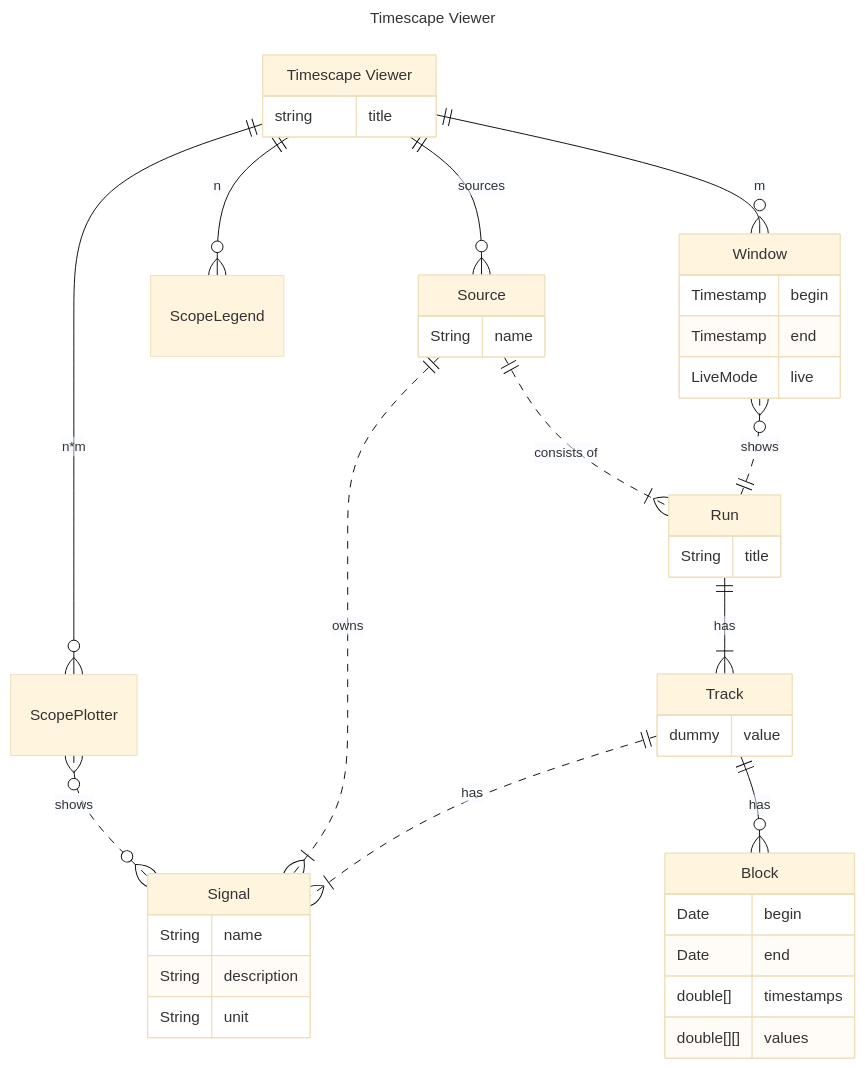
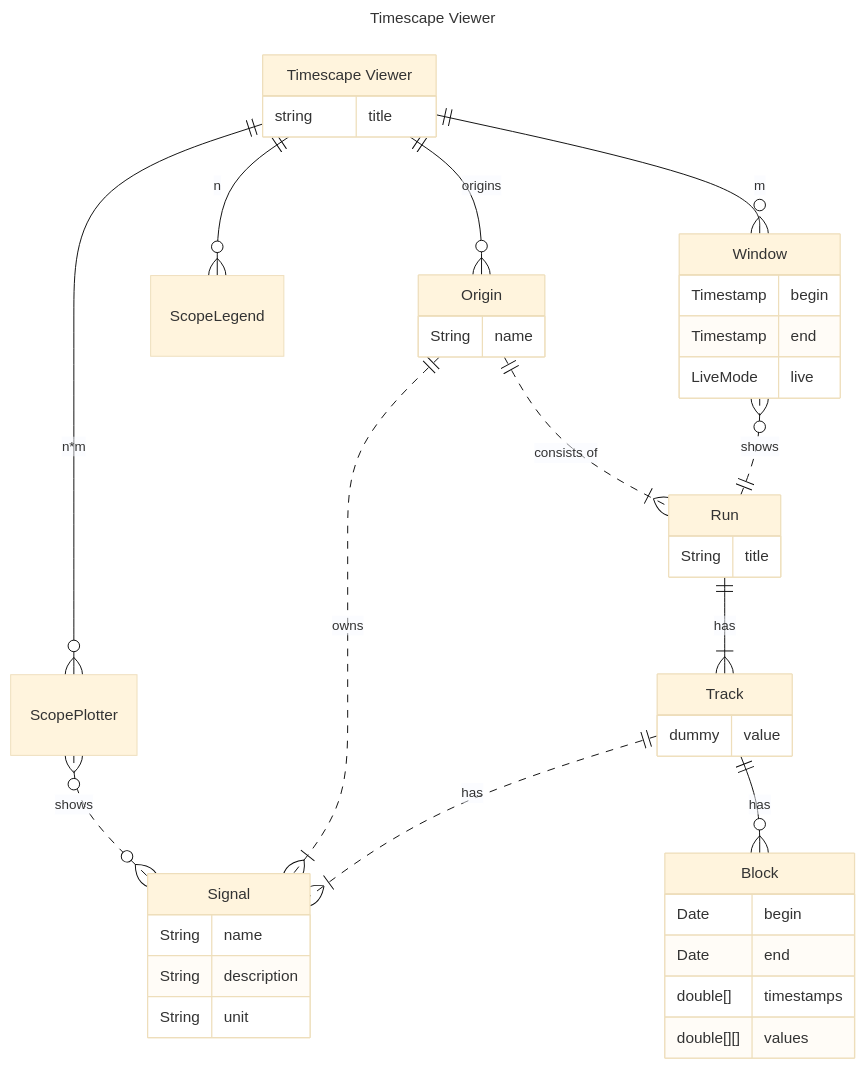
One commit to JannikP/Timescape-Viewer changed the diagram in src/state/overview.mmd. Above: the diagram before and after it, drawn with Mermaid (base theme). The commit also changed 14 other files, not shown here.

```diff
--- a/src/state/overview.mmd
+++ b/src/state/overview.mmd
@@ -1,60 +1,60 @@
 ---
 title: "Timescape Viewer"
 ---
 erDiagram
     Timescape["Timescape Viewer"] {
         string title
     }
 
-    Source {
+    Origin {
         String name
     }
 
     ScopeLegend {
     }
 
     ScopePlotter {
     }
 
     Window {
         Timestamp begin
         Timestamp end
         LiveMode live
     }
 
-    Timescape ||--o{ Source: sources
+    Timescape ||--o{ Origin: origins
     Timescape ||--o{ ScopeLegend: n
     Timescape ||--o{ ScopePlotter: "n*m"
     Timescape ||--o{ Window: m
 
     Signal {
         String name
         String description
         String unit
     }
 
     ScopePlotter }o..o{ Signal: "shows"
-    Source ||..|{ Signal: "owns"
+    Origin ||..|{ Signal: "owns"
 
     Run {
         String title
     }
 
-    Source ||..|{ Run: "consists of"
+    Origin ||..|{ Run: "consists of"
     Window }o..|| Run: "shows"
 
     Track {
         dummy value
     }
 
     Run ||--|{ Track: "has"
     Track ||..|{ Signal: "has"
 
     Block {
         Date begin
         Date end
         double[] timestamps
         double[][] values
     }
 
     Track ||--o{ Block: "has"
```
